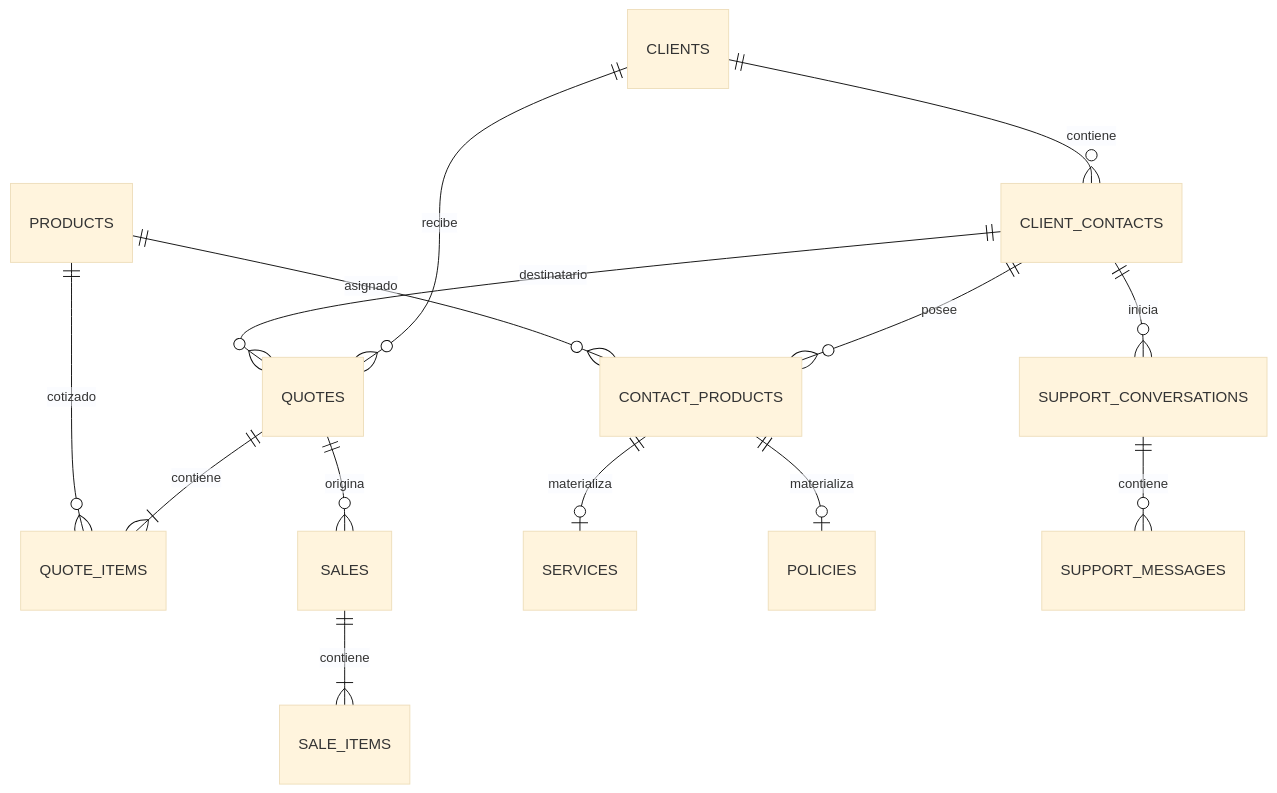
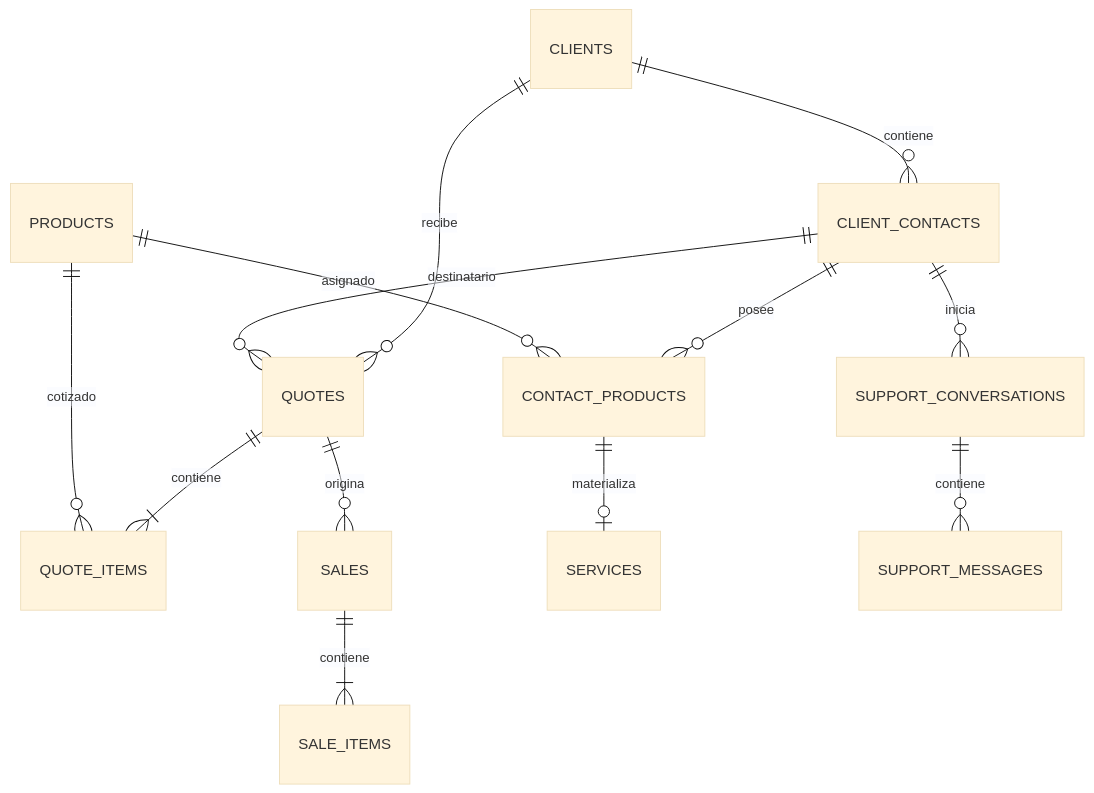
One commit to Eduardo282/business-control changed the third of 3 diagrams in docs/MANUAL_COMPLETO.md. Above: the diagram before and after it, drawn with Mermaid (base theme). The commit also changed other lines of this file and 101 other files, not shown here.

````diff
--- a/docs/MANUAL_COMPLETO.md
+++ b/docs/MANUAL_COMPLETO.md
@@ -787,16 +787,15 @@
 ```mermaid
 erDiagram
   CLIENTS ||--o{ CLIENT_CONTACTS : contiene
   CLIENTS ||--o{ QUOTES : recibe
   CLIENT_CONTACTS ||--o{ QUOTES : destinatario
   QUOTES ||--|{ QUOTE_ITEMS : contiene
   PRODUCTS ||--o{ QUOTE_ITEMS : cotizado
   QUOTES ||--o{ SALES : origina
   SALES ||--|{ SALE_ITEMS : contiene
   CLIENT_CONTACTS ||--o{ CONTACT_PRODUCTS : posee
   PRODUCTS ||--o{ CONTACT_PRODUCTS : asignado
   CONTACT_PRODUCTS ||--o| SERVICES : materializa
-  CONTACT_PRODUCTS ||--o| POLICIES : materializa
   CLIENT_CONTACTS ||--o{ SUPPORT_CONVERSATIONS : inicia
   SUPPORT_CONVERSATIONS ||--o{ SUPPORT_MESSAGES : contiene
 ```
````
